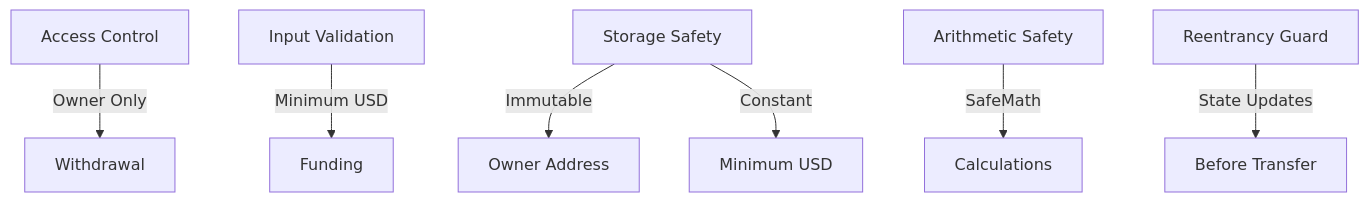
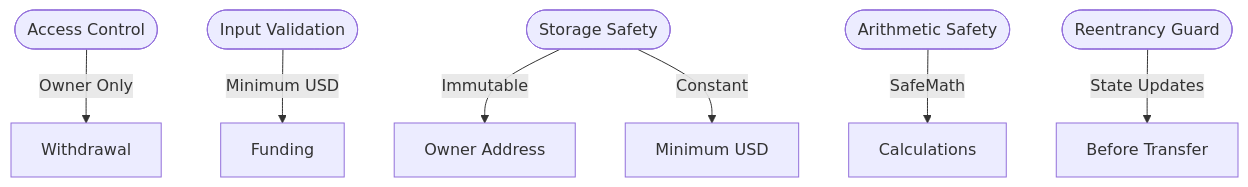
The fourth of 6 diagrams in README.md (VedantAnand17/FundMeEth), drawn with Mermaid before and after one commit. The commit also changed other lines of this file, not shown here.

````diff
--- a/README.md
+++ b/README.md
@@ -99,9 +99,9 @@
 ```mermaid
-graph TD
-    A[Access Control] -->|Owner Only| B[Withdrawal]
-    C[Input Validation] -->|Minimum USD| D[Funding]
-    E[Storage Safety] -->|Immutable| F[Owner Address]
-    E -->|Constant| G[Minimum USD]
-    H[Arithmetic Safety] -->|SafeMath| I[Calculations]
-    J[Reentrancy Guard] -->|State Updates| K[Before Transfer]
+flowchart TD
+    Access([Access Control]) -->|Owner Only| Withdrawal[Withdrawal]
+    Input([Input Validation]) -->|Minimum USD| Funding[Funding]
+    Storage([Storage Safety]) -->|Immutable| OwnerAddr[Owner Address]
+    Storage -->|Constant| MinUSD[Minimum USD]
+    Safety([Arithmetic Safety]) -->|SafeMath| Calc[Calculations]
+    Guard([Reentrancy Guard]) -->|State Updates| StateUpdate[Before Transfer]
 ```
````
